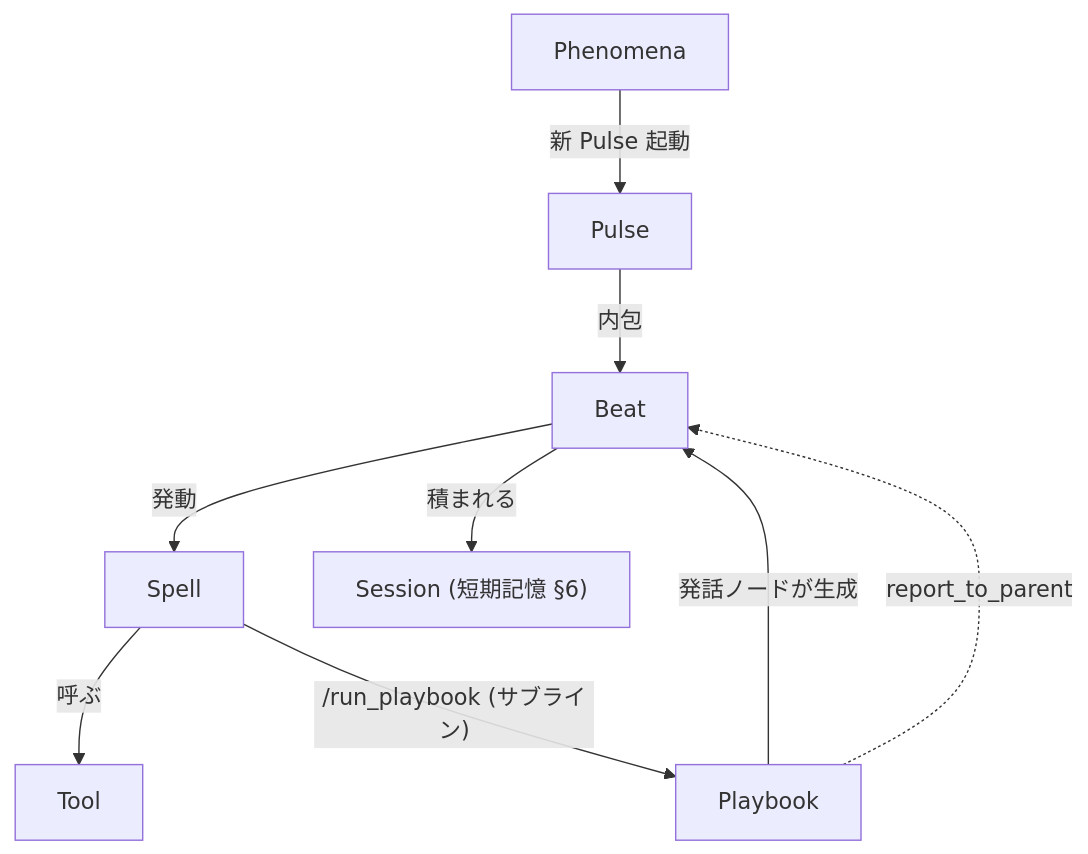
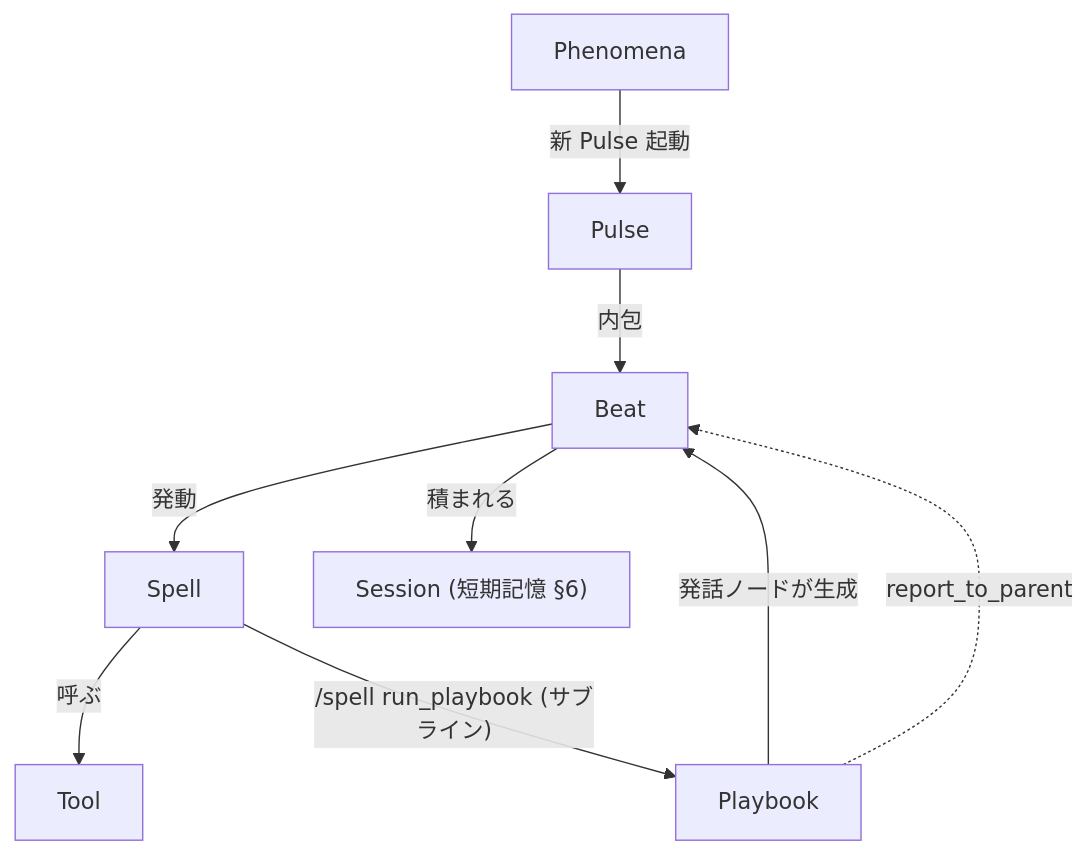
The fourth of 7 diagrams in docs/overview/landscape.md (maha0525/SAIVerse), drawn with Mermaid before and after one commit. The commit also changed other lines of this file and 1 other file, not shown here.

First line of the commit message:
fix: Spell の発動構文を実装準拠に修正

````diff
--- a/docs/overview/landscape.md
+++ b/docs/overview/landscape.md
@@ -218,11 +218,11 @@
 ```mermaid
 graph TD
     Phenomena -->|新 Pulse 起動| Pulse
     Pulse -->|内包| Beat
     Playbook -->|発話ノードが生成| Beat
     Beat -->|発動| Spell
     Spell -->|呼ぶ| Tool
-    Spell -->|"/run_playbook (サブライン)"| Playbook
+    Spell -->|"/spell run_playbook (サブライン)"| Playbook
     Playbook -.->|report_to_parent| Beat
     Beat -->|積まれる| Session["Session (短期記憶 §6)"]
 ```
````
